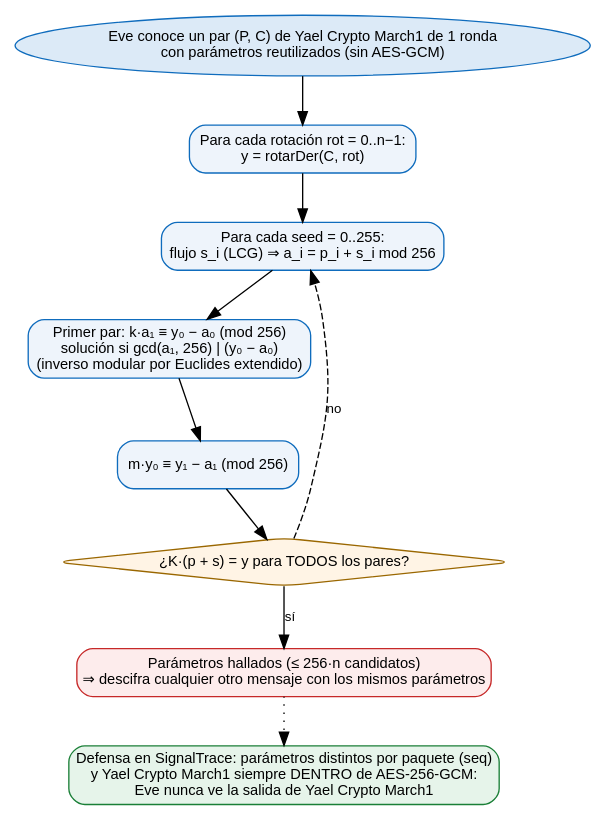
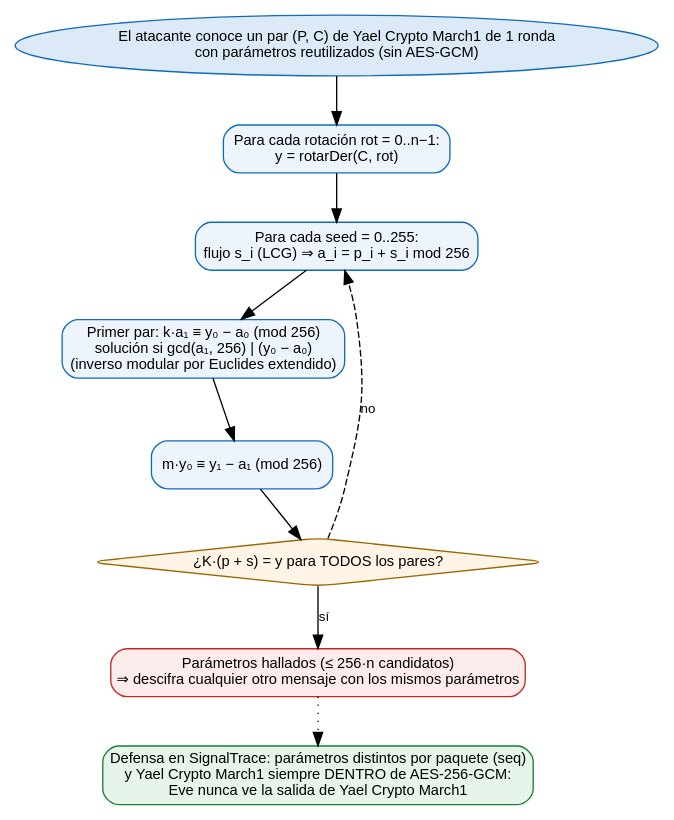
The diagram in Examen_SignalTrace/docs/diagramas/10_ataque_ycm1.dot (yaelrdf/Virologia_Criptografia_UPIICSA), drawn with Graphviz before and after one commit. The commit also changed 46 other files, not shown here.

```diff
--- a/Examen_SignalTrace/docs/diagramas/10_ataque_ycm1.dot
+++ b/Examen_SignalTrace/docs/diagramas/10_ataque_ycm1.dot
@@ -1,12 +1,12 @@
 digraph G { fontname="Arial"; node [fontname="Arial", fontsize=11]; edge [fontname="Arial", fontsize=10];
   rankdir=TB; node [shape=box, style="rounded,filled", fillcolor="#EEF4FB", color="#0F6CBD"];
-  a [label="Eve conoce un par (P, C) de Yael Crypto March1 de 1 ronda\ncon parámetros reutilizados (sin AES-GCM)", shape=oval, fillcolor="#DCEAF7"];
+  a [label="El atacante conoce un par (P, C) de Yael Crypto March1 de 1 ronda\ncon parámetros reutilizados (sin AES-GCM)", shape=oval, fillcolor="#DCEAF7"];
   r [label="Para cada rotación rot = 0..n−1:\ny = rotarDer(C, rot)"];
   s [label="Para cada seed = 0..255:\nflujo s_i (LCG) ⇒ a_i = p_i + s_i mod 256"];
   k [label="Primer par: k·a₁ ≡ y₀ − a₀ (mod 256)\nsolución si gcd(a₁, 256) | (y₀ − a₀)\n(inverso modular por Euclides extendido)"];
   m [label="m·y₀ ≡ y₁ − a₁ (mod 256)"];
   chk [label="¿K·(p + s) = y para TODOS los pares?", shape=diamond, fillcolor="#FFF4E5", color="#9A6700"];
   ok [label="Parámetros hallados (≤ 256·n candidatos)\n⇒ descifra cualquier otro mensaje con los mismos parámetros", fillcolor="#FDECEC", color="#C62828"];
   def [label="Defensa en SignalTrace: parámetros distintos por paquete (seq)\ny Yael Crypto March1 siempre DENTRO de AES-256-GCM:\nEve nunca ve la salida de Yael Crypto March1", fillcolor="#E6F4EA", color="#1A7F37"];
   a -> r -> s -> k -> m -> chk; chk -> ok [label="sí"]; chk -> s [label="no", style=dashed]; ok -> def [style=dotted];
 }
```
